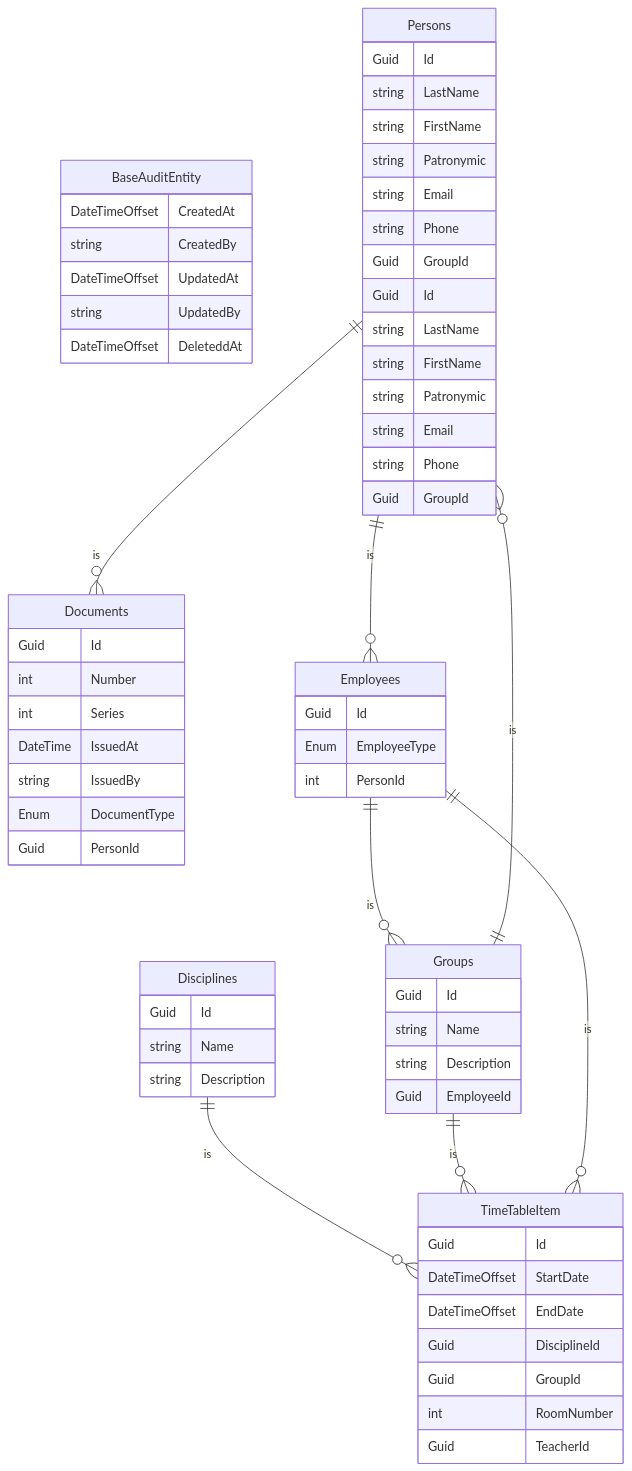
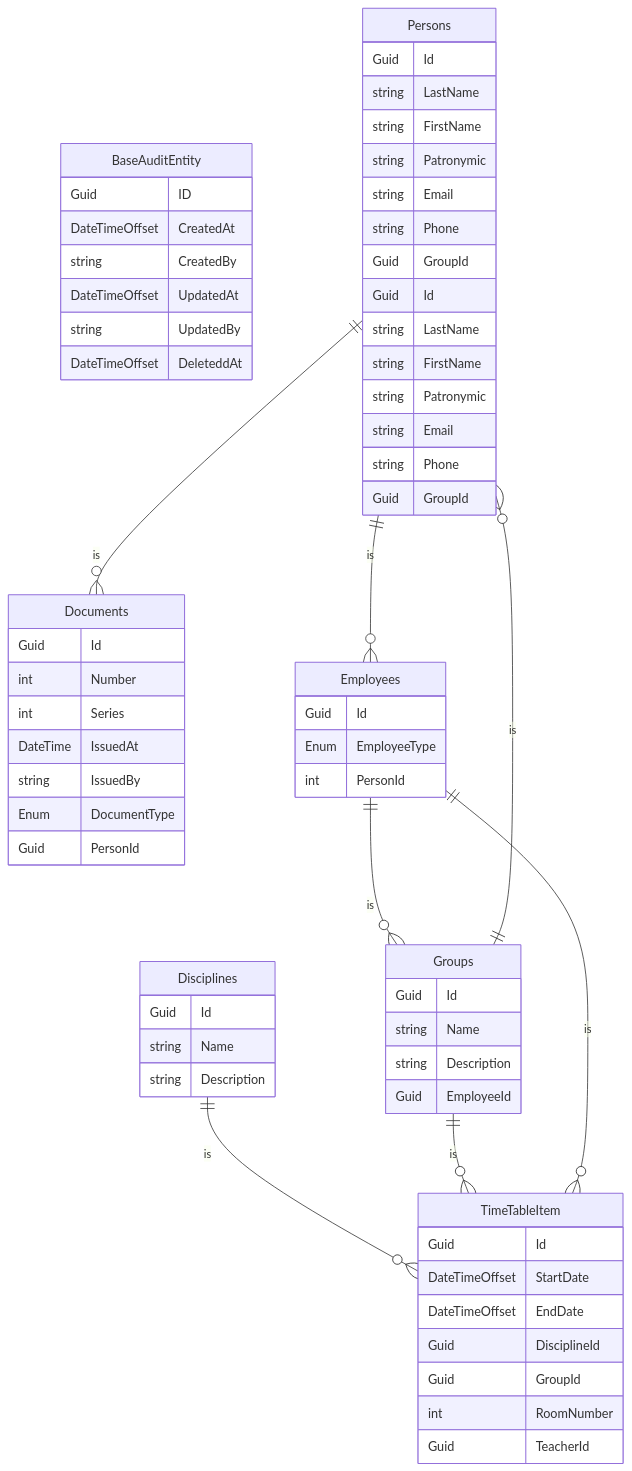
The diagram in README.md (SlavaNik16/Accessories_PC_Nik_Api), drawn with Mermaid before and after one commit.

````diff
--- a/README.md
+++ b/README.md
@@ -5,77 +5,78 @@
 ```mermaid
 erDiagram
 
   BaseAuditEntity{
+        Guid ID
         DateTimeOffset CreatedAt
         string CreatedBy
         DateTimeOffset UpdatedAt
         string UpdatedBy
         DateTimeOffset DeleteddAt
   }
 
   Persons {
         Guid Id
         string LastName
         string FirstName
         string Patronymic
         string Email
         string Phone
         Guid GroupId
     }
 
     Persons {
         Guid Id
         string LastName
         string FirstName
         string Patronymic
         string Email
         string Phone
         Guid GroupId
     }
     
     Documents {
         Guid Id
         int Number
         int Series
         DateTime IssuedAt
         string IssuedBy
         Enum DocumentType
         Guid PersonId
     }
     
     Disciplines {
         Guid Id
         string Name
         string Description
     }
     
     Employees {
         Guid Id
         Enum EmployeeType
         int PersonId
     }
 
     Groups {
         Guid Id
         string Name
         string Description
         Guid EmployeeId
     }
 
      TimeTableItem {
         Guid Id
         DateTimeOffset StartDate
         DateTimeOffset EndDate
         Guid DisciplineId
         Guid GroupId
         int RoomNumber
         Guid TeacherId
     }
     Persons ||--o{ Documents: is
     Persons ||--o{ Employees: is
     Groups ||--o{ Persons: is
     Employees ||--o{ Groups: is
     Disciplines ||--o{ TimeTableItem: is
     Groups ||--o{ TimeTableItem: is
     Employees ||--o{ TimeTableItem: is
 ```
````
